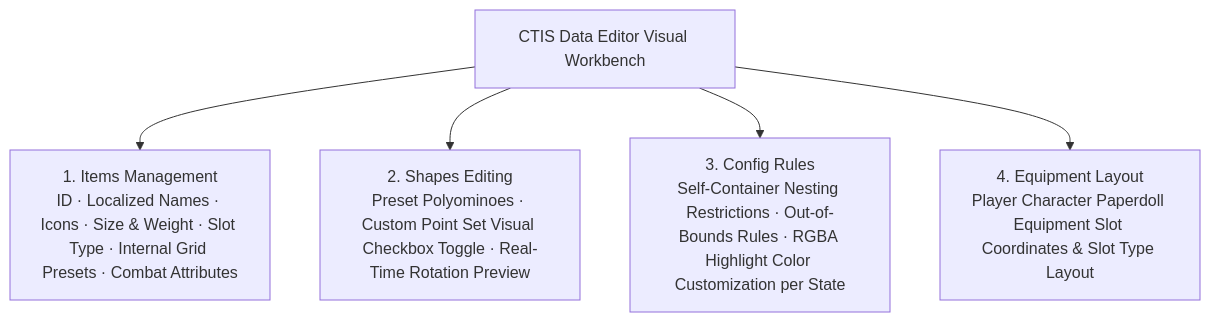
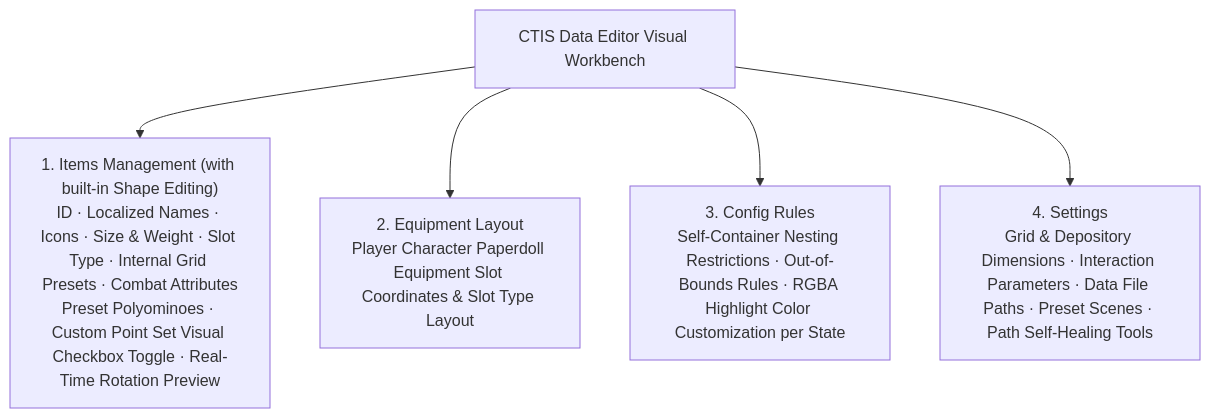
Diagram 13 of 13 in README.md (Cholopol/Cholopol-Tetris-Inventory-System), drawn with Mermaid before and after one commit. The commit also changed other lines of this file and 12 other files, not shown here.

````diff
--- a/README.md
+++ b/README.md
@@ -603,8 +628,8 @@
 ```mermaid
 flowchart TD
   Editor["CTIS Data Editor Visual Workbench"]
-  Editor --> P1["1. Items Management\nID · Localized Names · Icons · Size & Weight · Slot Type · Internal Grid Presets · Combat Attributes"]
-  Editor --> P2["2. Shapes Editing\nPreset Polyominoes · Custom Point Set Visual Checkbox Toggle · Real-Time Rotation Preview"]
+  Editor --> P1["1. Items Management (with built-in Shape Editing)\nID · Localized Names · Icons · Size & Weight · Slot Type · Internal Grid Presets · Combat Attributes\nPreset Polyominoes · Custom Point Set Visual Checkbox Toggle · Real-Time Rotation Preview"]
+  Editor --> P2["2. Equipment Layout\nPlayer Character Paperdoll Equipment Slot Coordinates & Slot Type Layout"]
   Editor --> P3["3. Config Rules\nSelf-Container Nesting Restrictions · Out-of-Bounds Rules · RGBA Highlight Color Customization per State"]
-  Editor --> P4["4. Equipment Layout\nPlayer Character Paperdoll Equipment Slot Coordinates & Slot Type Layout"]
+  Editor --> P4["4. Settings\nGrid & Depository Dimensions · Interaction Parameters · Data File Paths · Preset Scenes · Path Self-Healing Tools"]
 ```
````
